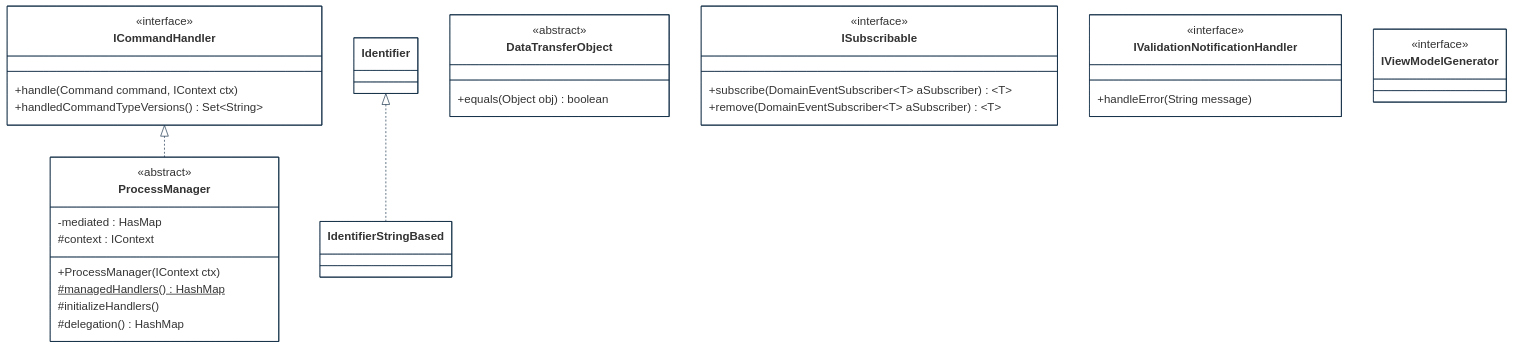
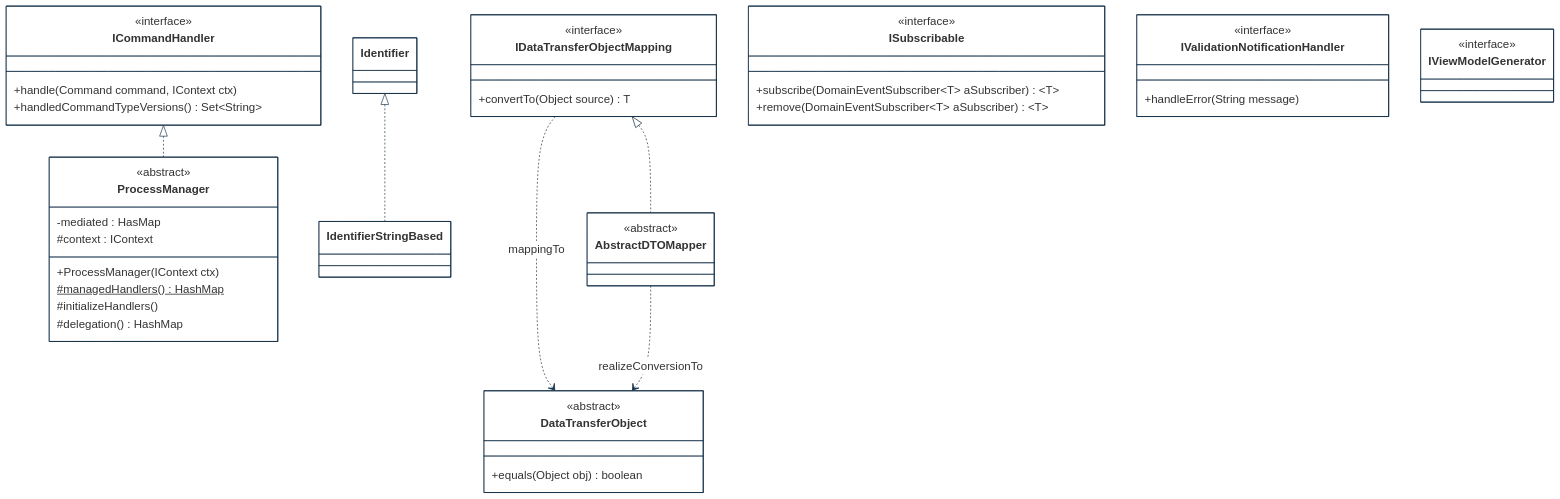
The second of 3 diagrams in implementations-line/framework/domain/designview-structure-models.md (cybnity/foundation), drawn with Mermaid before and after one commit. The commit also changed other lines of this file and 123 other files, not shown here.

````diff
--- a/implementations-line/framework/domain/designview-structure-models.md
+++ b/implementations-line/framework/domain/designview-structure-models.md
@@ -157,54 +161,64 @@
 ```mermaid
 %%{
   init: {
     'theme': 'base',
     'themeVariables': {
         'background': '#ffffff',
         'fontFamily': 'arial',
         'fontSize': '18px',
         'primaryColor': '#fff',
         'primaryBorderColor': '#0e2a43',
         'secondaryBorderColor': '#0e2a43',
         'tertiaryBorderColor': '#0e2a43',
         'edgeLabelBackground':'#0e2a43',
         'lineColor': '#0e2a43',
         'tertiaryColor': '#fff'
     }
   }
 }%%
 classDiagram
     ICommandHandler <|.. ProcessManager
     Identifier <|.. IdentifierStringBased
-
+    IDataTransferObjectMapping <|.. AbstractDTOMapper
+    IDataTransferObjectMapping ..> DataTransferObject : mappingTo
+    AbstractDTOMapper ..> DataTransferObject : realizeConversionTo
+    
     class ICommandHandler {
         <<interface>>
         +handle(Command command, IContext ctx)
         +handledCommandTypeVersions() Set~String~
     }
     class DataTransferObject {
         <<abstract>>
         +equals(Object obj) boolean
     }
     class ProcessManager {
         <<abstract>>
         -mediated : HasMap
         #context : IContext
         +ProcessManager(IContext ctx)
         #managedHandlers()$ HashMap
         #initializeHandlers()
         #delegation() HashMap
     }
     class ISubscribable {
         <<interface>>
         +subscribe(DomainEventSubscriber~T~ aSubscriber) ~T~
         +remove(DomainEventSubscriber~T~ aSubscriber) ~T~
     }
     class IValidationNotificationHandler {
         <<interface>>
         +handleError(String message)
     }
     class IViewModelGenerator {
         <<interface>>
     }
+    class IDataTransferObjectMapping {
+        <<interface>>
+        +convertTo(Object source) T
+    }
+    class AbstractDTOMapper {
+        <<abstract>>
+    }
 
 ```
````
